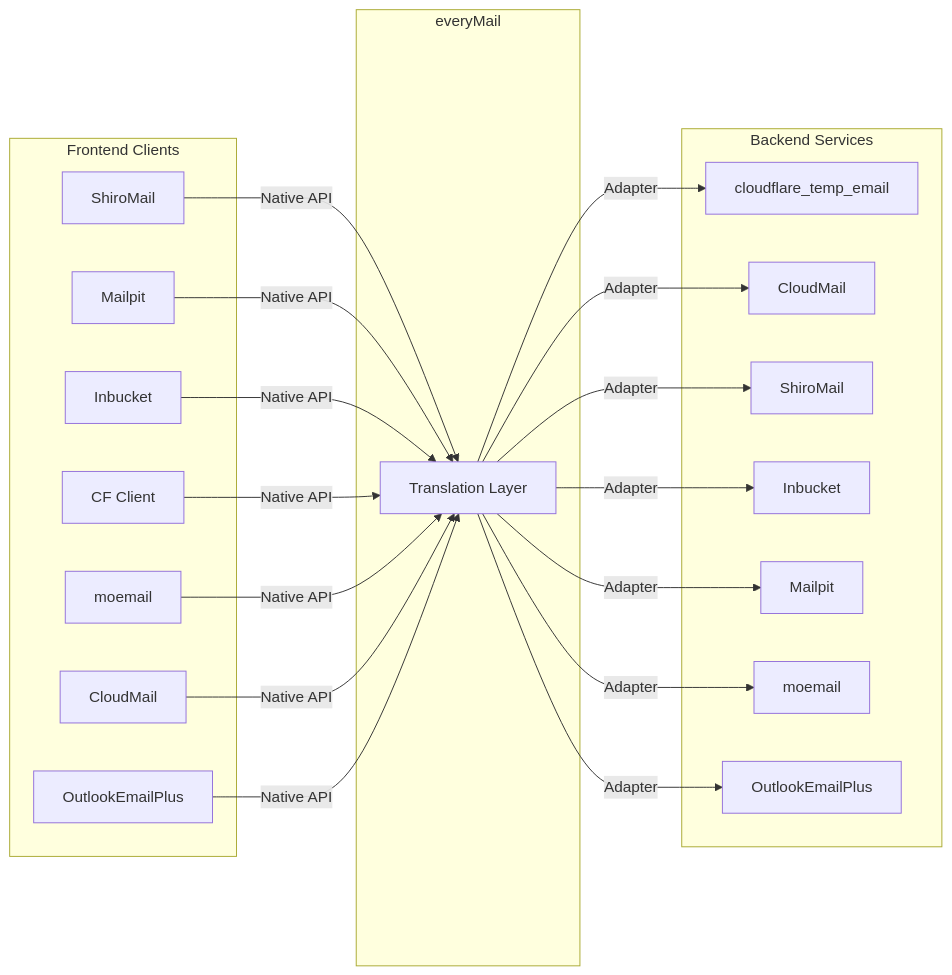
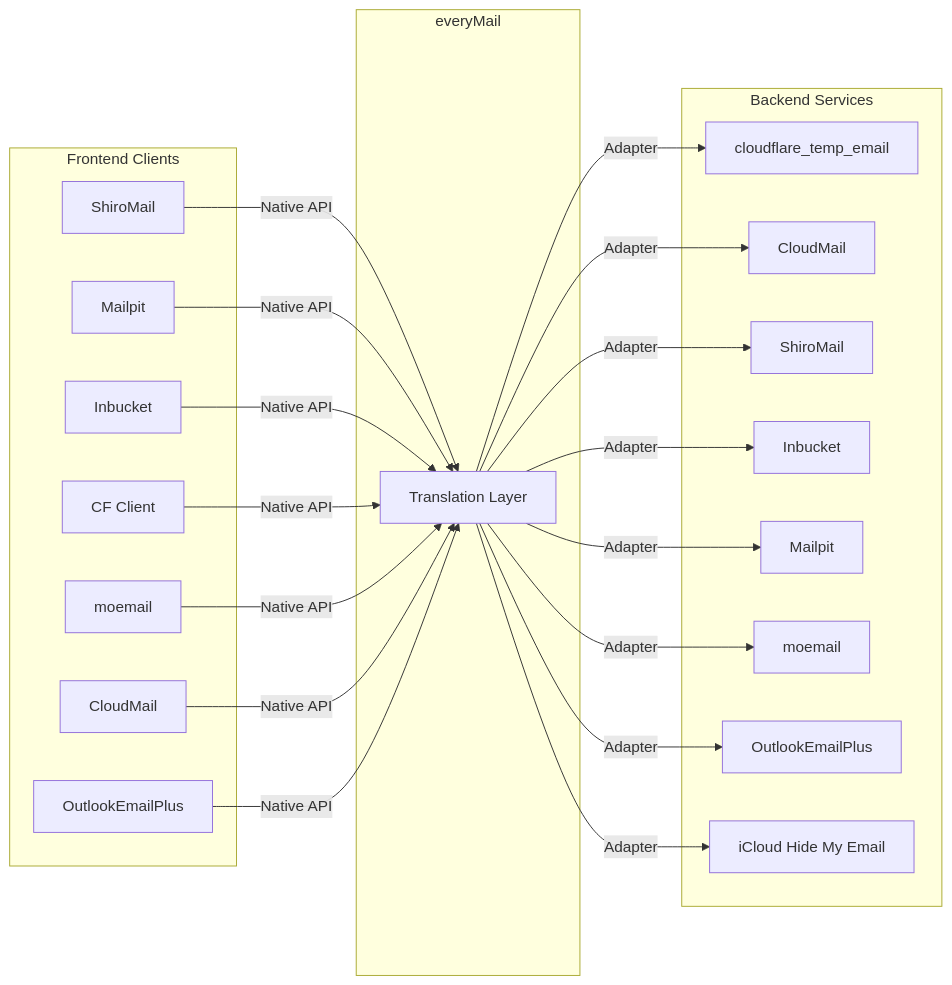
One commit to WangChuDi/everyMail changed the first of 3 diagrams in README.en.md. Above: the diagram before and after it, drawn with Mermaid. The commit also changed other lines of this file and 2 other files, not shown here.

First line of the commit message:
docs: document iCloud Hide My Email backend

````diff
--- a/README.en.md
+++ b/README.en.md
@@ -11,29 +11,30 @@
 ```mermaid
 graph LR
     subgraph Frontend Clients
         A[ShiroMail]
         B[Mailpit]
         C[Inbucket]
         D[CF Client]
         E[moemail]
         F[CloudMail]
         O[OutlookEmailPlus]
     end
 
     subgraph everyMail
         G[Translation Layer]
     end
 
     subgraph Backend Services
         H[cloudflare_temp_email]
         I[CloudMail]
         J[ShiroMail]
         K[Inbucket]
         L[Mailpit]
         M[moemail]
         N[OutlookEmailPlus]
+        P[iCloud Hide My Email]
     end
 
     A & B & C & D & E & F & O -->|Native API| G
-    G -->|Adapter| H & I & J & K & L & M & N
+    G -->|Adapter| H & I & J & K & L & M & N & P
 ```
````
